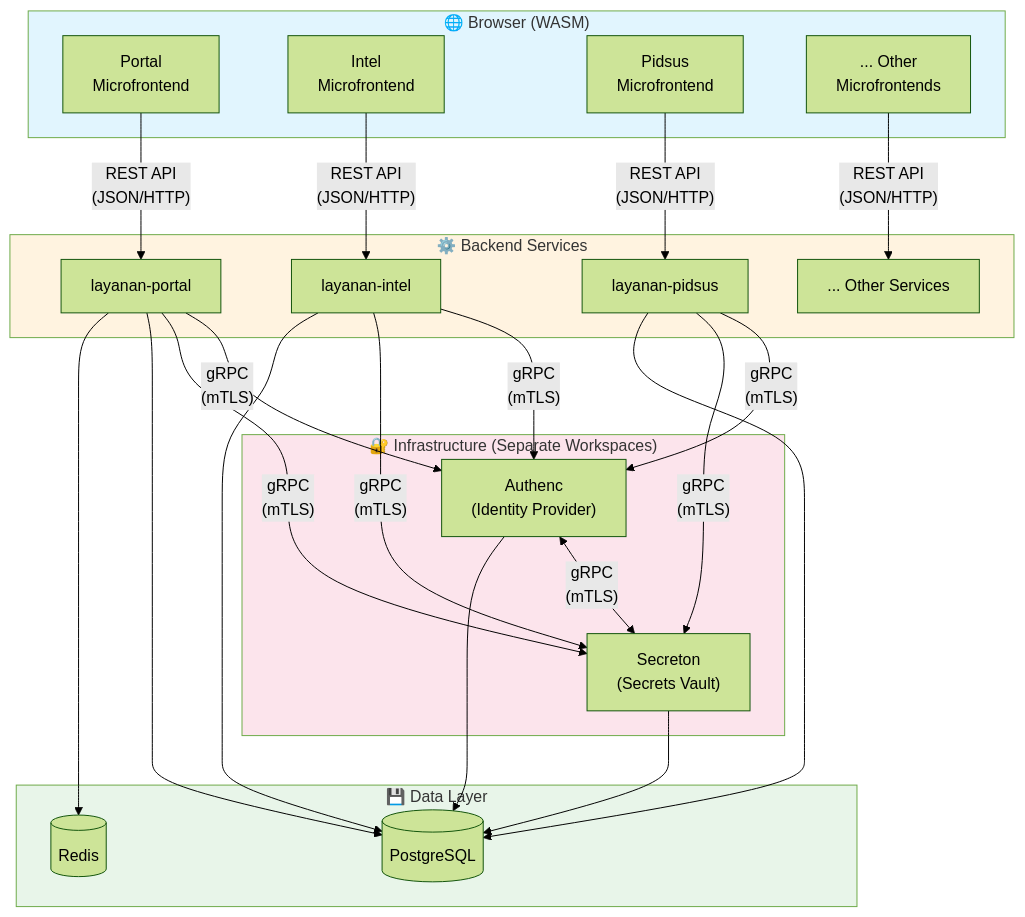
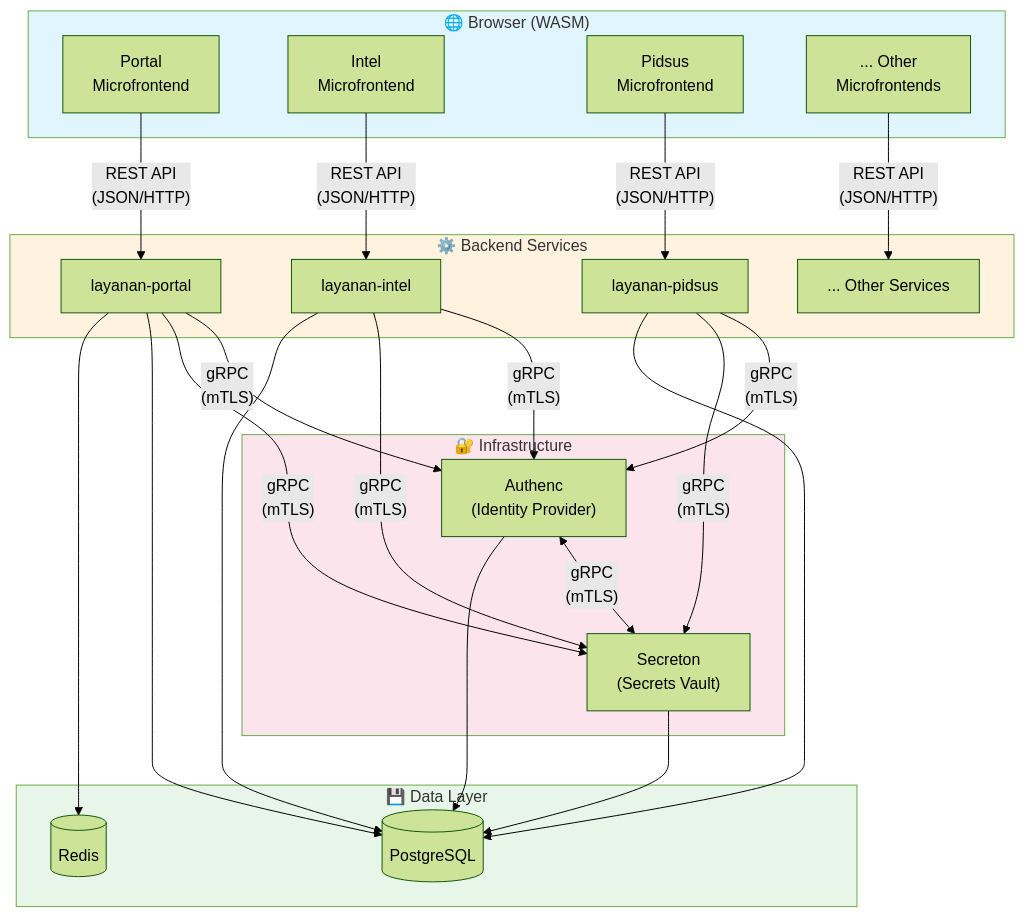
The first of 3 diagrams in AGENTS.md (analisaperlengkapan/simpel2), drawn with Mermaid (forest theme) before and after one commit. The commit also changed other lines of this file and 164 other files, not shown here.

````diff
--- a/AGENTS.md
+++ b/AGENTS.md
@@ -27,56 +27,56 @@
 ```mermaid
 flowchart TB
     subgraph Browser["🌐 Browser (WASM)"]
         MF1["Portal<br/>Microfrontend"]
         MF2["Intel<br/>Microfrontend"]
         MF3["Pidsus<br/>Microfrontend"]
         MFN["... Other<br/>Microfrontends"]
     end
 
     subgraph Backend["⚙️ Backend Services"]
         LP["layanan-portal"]
         LI["layanan-intel"]
         LS["layanan-pidsus"]
         LN["... Other Services"]
     end
 
-    subgraph Infra["🔐 Infrastructure (Separate Workspaces)"]
+    subgraph Infra["🔐 Infrastructure"]
         AUTH["Authenc<br/>(Identity Provider)"]
         SEC["Secreton<br/>(Secrets Vault)"]
     end
 
     subgraph Data["💾 Data Layer"]
         PG[(PostgreSQL)]
         RD[(Redis)]
     end
 
     %% Browser to Backend: REST API only
     MF1 -->|"REST API<br/>(JSON/HTTP)"| LP
     MF2 -->|"REST API<br/>(JSON/HTTP)"| LI
     MF3 -->|"REST API<br/>(JSON/HTTP)"| LS
     MFN -->|"REST API<br/>(JSON/HTTP)"| LN
 
     %% Backend to Infrastructure: gRPC only
     LP -->|"gRPC<br/>(mTLS)"| AUTH
     LP -->|"gRPC<br/>(mTLS)"| SEC
     LI -->|"gRPC<br/>(mTLS)"| AUTH
     LI -->|"gRPC<br/>(mTLS)"| SEC
     LS -->|"gRPC<br/>(mTLS)"| AUTH
     LS -->|"gRPC<br/>(mTLS)"| SEC
 
     %% Infrastructure internal
     AUTH <-->|"gRPC<br/>(mTLS)"| SEC
 
     %% Data access
     LP --> PG
     LP --> RD
     LI --> PG
     LS --> PG
     AUTH --> PG
     SEC --> PG
 
     style Browser fill:#e1f5fe
     style Backend fill:#fff3e0
     style Infra fill:#fce4ec
     style Data fill:#e8f5e9
 ```
````
